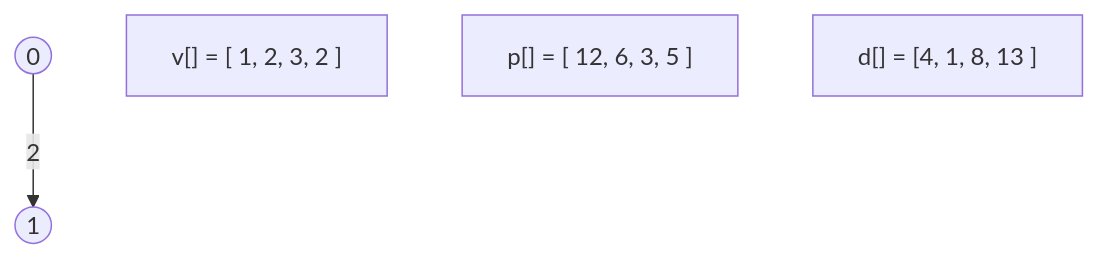
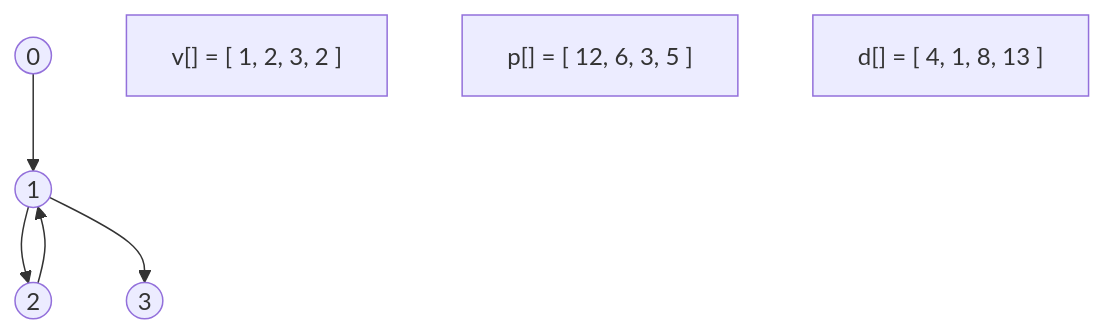
One commit to bfeitknecht/vault changed the diagram in vault/sem2/AuW/UE/cx/bf/cx09-bf.md. Above: the diagram before and after it, drawn with Mermaid.

Commit message:
vault backup: 2024-05-17 10:09:37 from MacBook Pro (echo)
Affected files:
vault/sem2/AuW/UE/cx/bf/cx09-bf.md

````diff
--- a/vault/sem2/AuW/UE/cx/bf/cx09-bf.md
+++ b/vault/sem2/AuW/UE/cx/bf/cx09-bf.md
@@ -3,12 +3,18 @@
 ```mermaid
 flowchart TD
 
 id0((0))
 id1((1))
-
-id0 -->|"2"| id1
+id2((2))
+id3((3))
 
 v["v[] = [ 1, 2, 3, 2 ]"]
 p["p[] = [ 12, 6, 3, 5 ]"]
-d["d[] = [4, 1, 8, 13 ]"]
+d["d[] = [ 4, 1, 8, 13 ]"]
+
+id0 --> id1
+id1 --> id2
+id2 --> id1
+id1 --> id3
+
 ```
````
